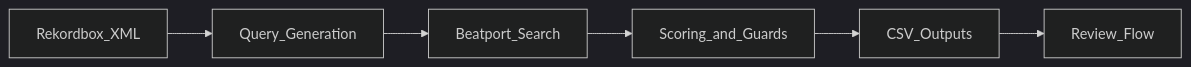
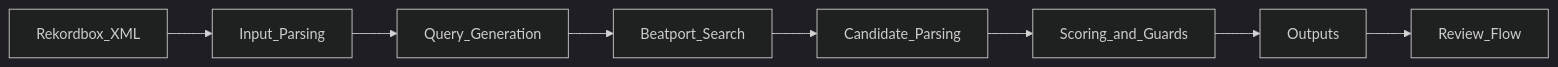
The diagram in README.md (stuchain/CuePoint), drawn with Mermaid (dark theme) before and after one commit. The commit also changed other lines of this file and 5 other files, not shown here.

````diff
--- a/README.md
+++ b/README.md
@@ -136,8 +140,10 @@
 ```mermaid
 flowchart LR
-  RekordboxXML[Rekordbox_XML] --> QueryGen[Query_Generation]
+  RekordboxXML[Rekordbox_XML] --> Parser[Input_Parsing]
+  Parser --> QueryGen[Query_Generation]
   QueryGen --> Search[Beatport_Search]
-  Search --> Scoring[Scoring_and_Guards]
-  Scoring --> Outputs[CSV_Outputs]
+  Search --> Parse[Candidate_Parsing]
+  Parse --> Scoring[Scoring_and_Guards]
+  Scoring --> Outputs[Outputs]
   Outputs --> Review[Review_Flow]
 ```
````
